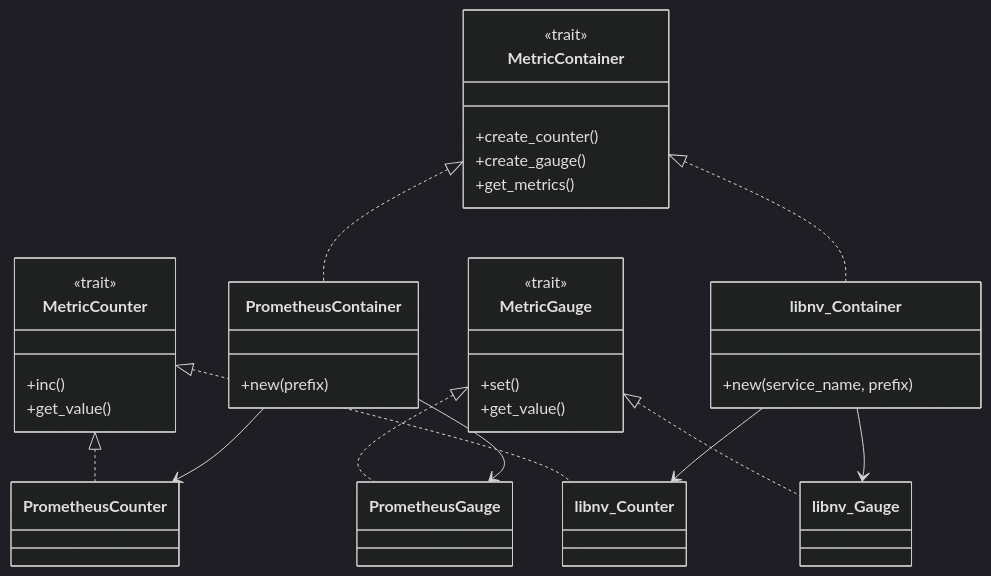
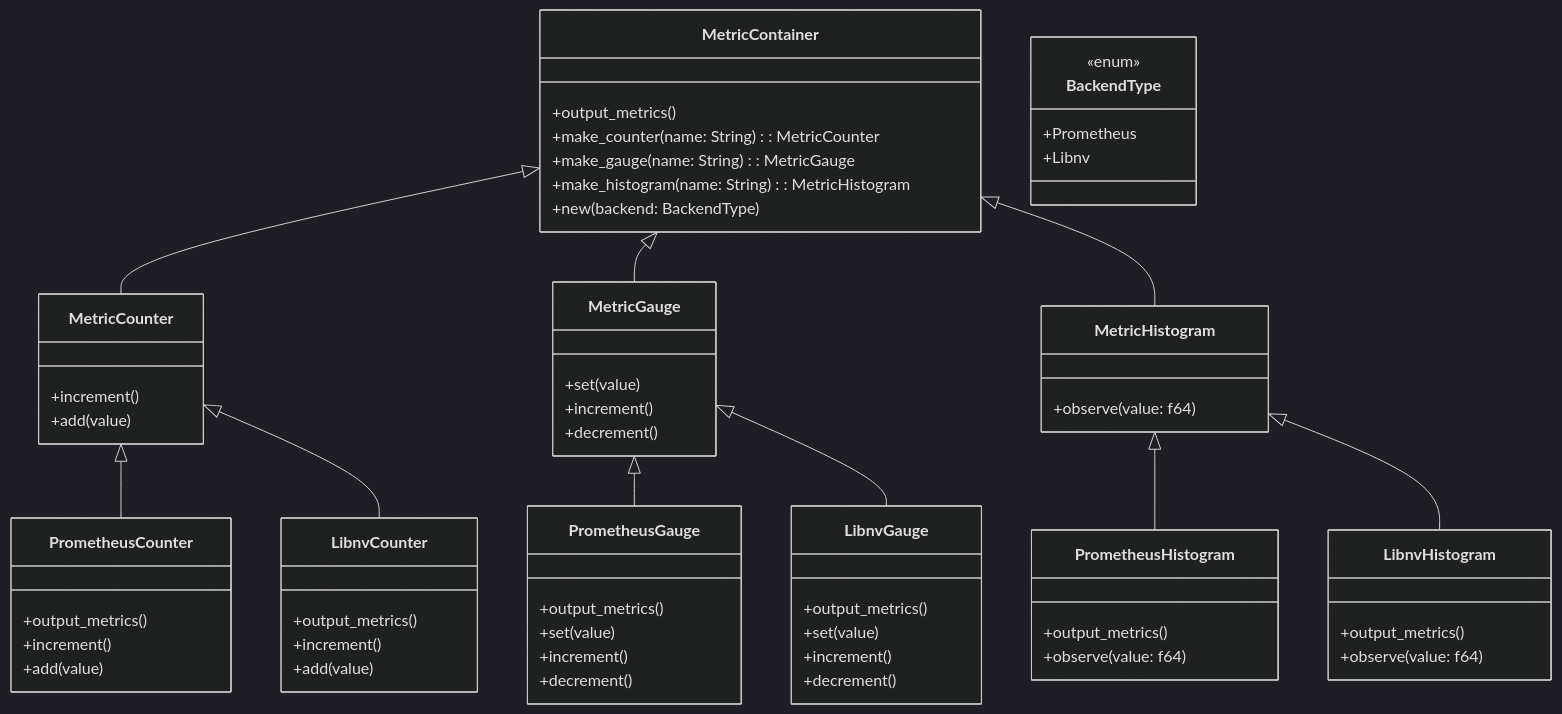
One commit to ai-dynamo/enhancements changed the diagram in deps/NNNN-observability-component-metrics.md. Above: the diagram before and after it, drawn with Mermaid (dark theme). The commit also changed other lines of this file, not shown here.

Commit message:
updated graph

````diff
--- a/deps/NNNN-observability-component-metrics.md
+++ b/deps/NNNN-observability-component-metrics.md
@@ -103,52 +93,81 @@
 ```mermaid
 classDiagram
-    %% Core Traits
+    direction TB
+
     class MetricContainer {
-        <<trait>>
-        +create_counter()
-        +create_gauge()
-        +get_metrics()
+        +output_metrics()
+        +make_counter(name: String): MetricCounter
+        +make_gauge(name: String): MetricGauge
+        +make_histogram(name: String): MetricHistogram
+        +new(backend: BackendType)
     }
-    
+
     class MetricCounter {
-        <<trait>>
-        +inc()
-        +get_value()
+        +increment()
+        +add(value)
     }
-    
+
     class MetricGauge {
-        <<trait>>
-        +set()
-        +get_value()
+        +set(value)
+        +increment()
+        +decrement()
     }
-    
-    %% Implementations
-    class PrometheusContainer {
-        +new(prefix)
+
+    class MetricHistogram {
+        +observe(value: f64)
     }
-    
-    class libnv_Container {
-        +new(service_name, prefix)
+
+    class PrometheusCounter {
+        +output_metrics()
+        +increment()
+        +add(value)
     }
-    
-    class PrometheusCounter
-    class PrometheusGauge
-    class libnv_Counter
-    class libnv_Gauge
-    
-    %% Relationships
-    MetricContainer <|.. PrometheusContainer
-    MetricContainer <|.. libnv_Container
-    
-    MetricCounter <|.. PrometheusCounter
-    MetricCounter <|.. libnv_Counter
-    
-    MetricGauge <|.. PrometheusGauge
-    MetricGauge <|.. libnv_Gauge
-    
-    PrometheusContainer --> PrometheusCounter
-    PrometheusContainer --> PrometheusGauge
-    
-    libnv_Container --> libnv_Counter
-    libnv_Container --> libnv_Gauge
+
+    class PrometheusGauge {
+        +output_metrics()
+        +set(value)
+        +increment()
+        +decrement()
+    }
+
+    class PrometheusHistogram {
+        +output_metrics()
+        +observe(value: f64)
+    }
+
+    class LibnvCounter {
+        +output_metrics()
+        +increment()
+        +add(value)
+    }
+
+    class LibnvGauge {
+        +output_metrics()
+        +set(value)
+        +increment()
+        +decrement()
+    }
+
+    class LibnvHistogram {
+        +output_metrics()
+        +observe(value: f64)
+    }
+
+    class BackendType {
+        <<enum>>
+        +Prometheus
+        +Libnv
+    }
+
+    MetricContainer <|-- MetricCounter
+    MetricContainer <|-- MetricGauge
+    MetricContainer <|-- MetricHistogram
+
+    MetricCounter <|-- PrometheusCounter
+    MetricGauge <|-- PrometheusGauge
+    MetricHistogram <|-- PrometheusHistogram
+
+    MetricCounter <|-- LibnvCounter
+    MetricGauge <|-- LibnvGauge
+    MetricHistogram <|-- LibnvHistogram
 ``` 
````
